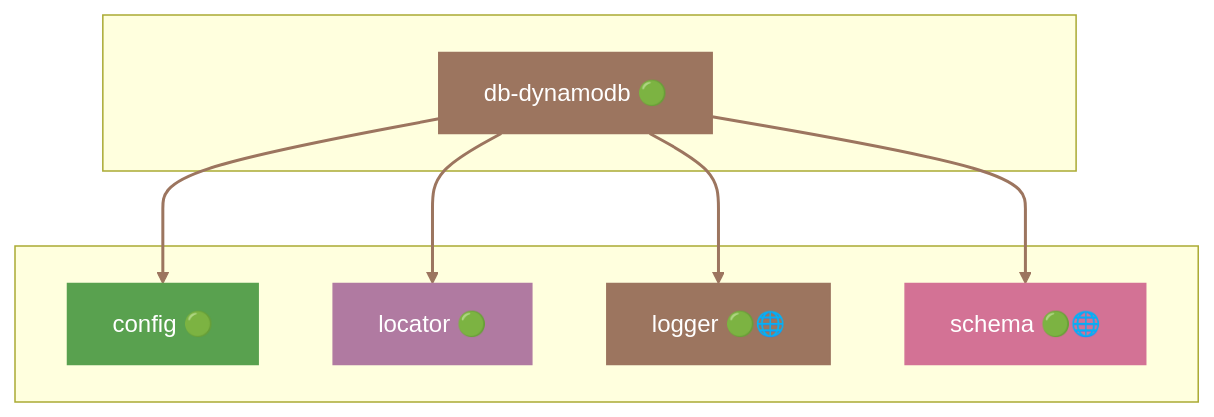
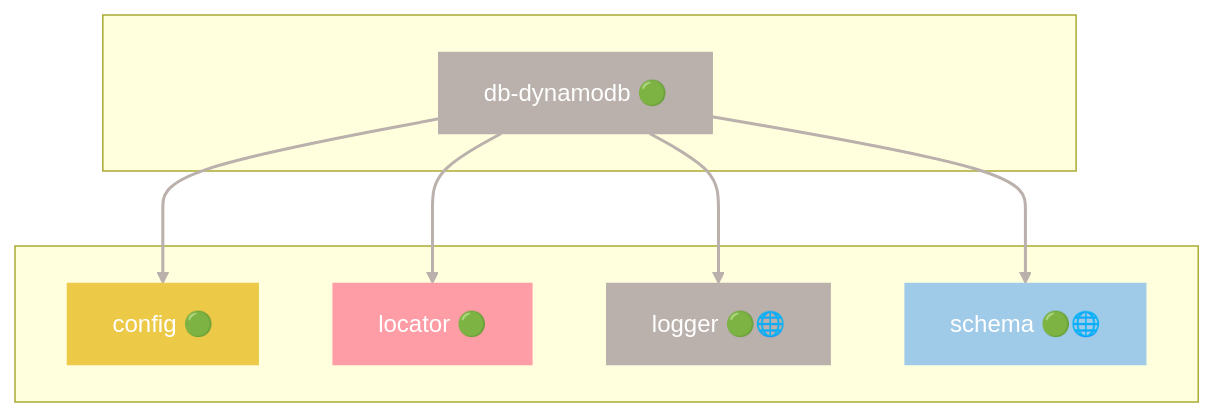
Before and after one commit to grest-ts/grest-ts: diagram 11 of 45 in docs/DEPENDENCIES.md, drawn with Mermaid. The commit also changed other lines of this file and 6 other files, not shown here.

````diff
--- a/docs/DEPENDENCIES.md
+++ b/docs/DEPENDENCIES.md
@@ -687,25 +705,25 @@
 ```mermaid
 flowchart TB
     subgraph Package[" "]
         db-dynamodb["db-dynamodb 🟢"]
     end
     subgraph Dependencies[" "]
         config["config 🟢"]
         locator["locator 🟢"]
         logger["logger 🟢🌐"]
         schema["schema 🟢🌐"]
     end
     db-dynamodb --> config
     db-dynamodb --> locator
     db-dynamodb --> logger
     db-dynamodb --> schema
-    style db-dynamodb fill:#9C755F,stroke:#9C755F,color:#fff
-    style config fill:#59A14F,stroke:#59A14F,color:#fff
-    style locator fill:#B07AA1,stroke:#B07AA1,color:#fff
-    style logger fill:#9C755F,stroke:#9C755F,color:#fff
-    style schema fill:#D37295,stroke:#D37295,color:#fff
-    linkStyle 0 stroke:#9C755F,stroke-width:2px
-    linkStyle 1 stroke:#9C755F,stroke-width:2px
-    linkStyle 2 stroke:#9C755F,stroke-width:2px
-    linkStyle 3 stroke:#9C755F,stroke-width:2px
+    style db-dynamodb fill:#BAB0AC,stroke:#BAB0AC,color:#fff
+    style config fill:#EDC948,stroke:#EDC948,color:#fff
+    style locator fill:#FF9DA7,stroke:#FF9DA7,color:#fff
+    style logger fill:#BAB0AC,stroke:#BAB0AC,color:#fff
+    style schema fill:#A0CBE8,stroke:#A0CBE8,color:#fff
+    linkStyle 0 stroke:#BAB0AC,stroke-width:2px
+    linkStyle 1 stroke:#BAB0AC,stroke-width:2px
+    linkStyle 2 stroke:#BAB0AC,stroke-width:2px
+    linkStyle 3 stroke:#BAB0AC,stroke-width:2px
 ```
````
